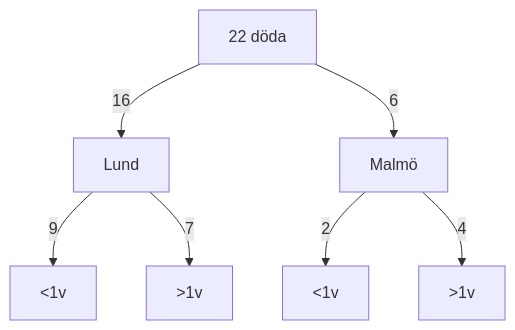
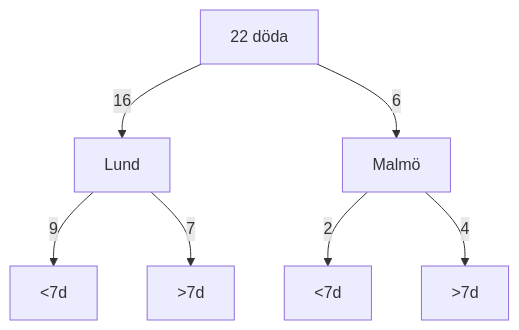
The first of 7 diagrams in slides.md (jsandblom/d22), drawn with Mermaid before and after one commit. The commit also changed other lines of this file, not shown here.

````diff
--- a/slides.md
+++ b/slides.md
@@ -35,9 +35,9 @@
 ```mermaid
 flowchart TD
     A[22 döda] -->|16| B[Lund]
     A -->|6| C[Malmö]
-    B -->|9| F[<1v]
-    B -->|7| G[>1v]
-    C -->|2| D[<1v]
-    C -->|4| E[>1v]
+    B -->|9| F[<7d]
+    B -->|7| G[>7d]
+    C -->|2| D[<7d]
+    C -->|4| E[>7d]
 ```
````
